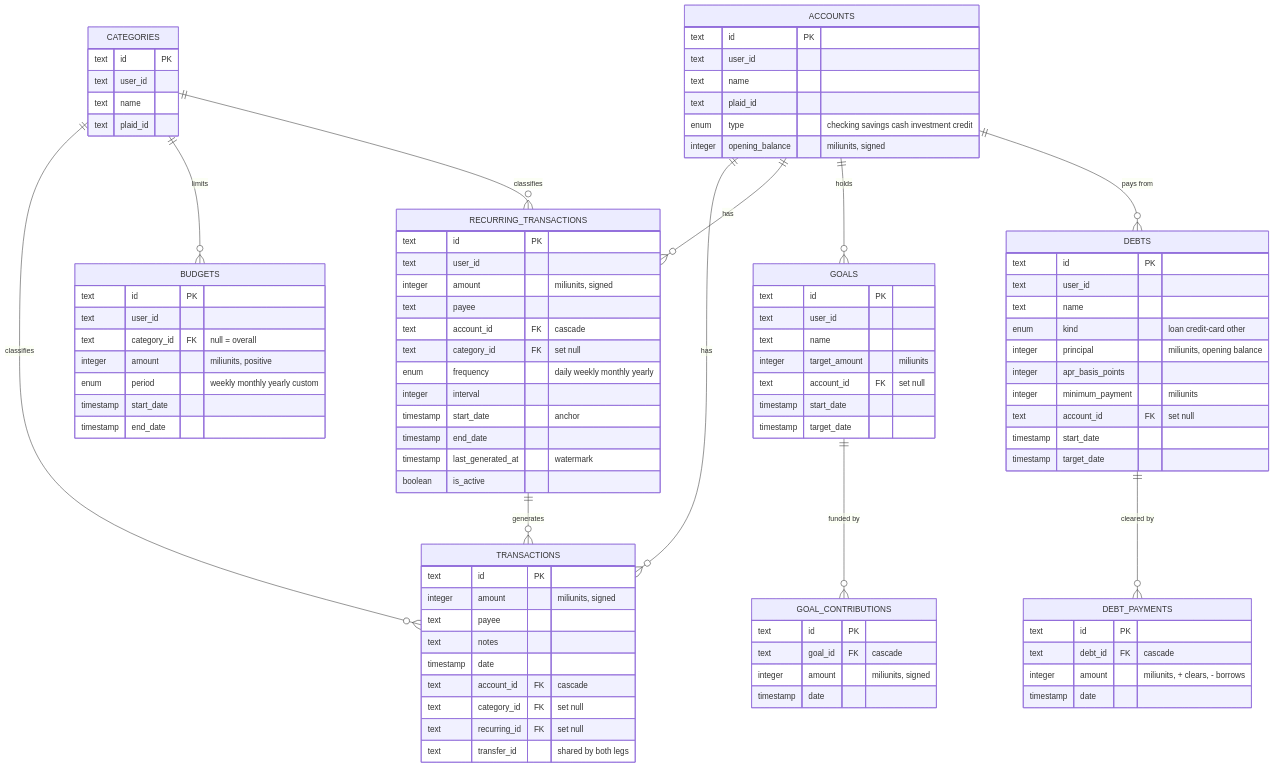
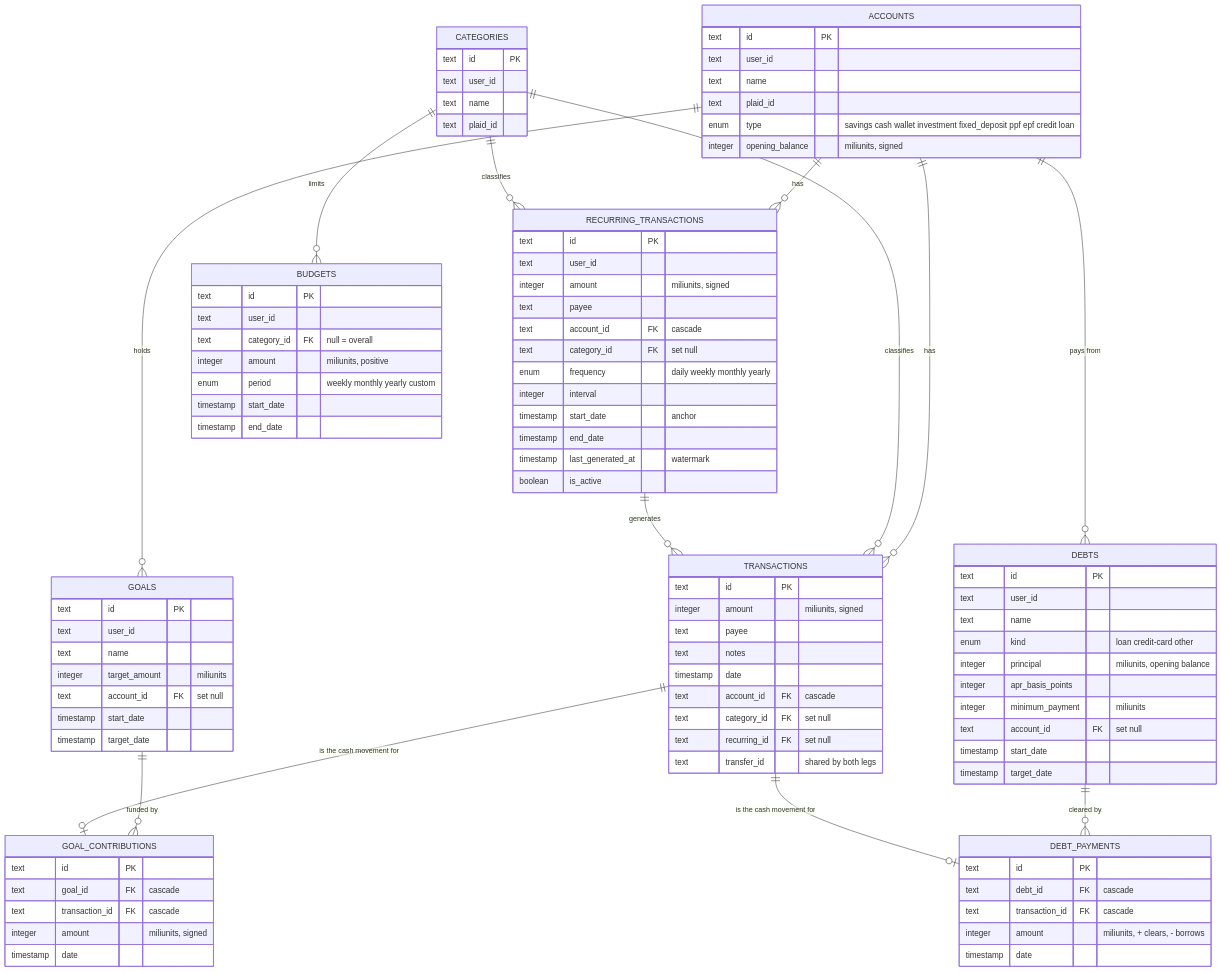
One commit to rizonkumar/Finance-SaaS-Platform changed the second of 4 diagrams in README.md. Above: the diagram before and after it, drawn with Mermaid. The commit also changed other lines of this file, not shown here.

```diff
--- a/README.md
+++ b/README.md
@@ -99,13 +101,15 @@
     GOALS ||--o{ GOAL_CONTRIBUTIONS : "funded by"
     ACCOUNTS ||--o{ DEBTS : "pays from"
     DEBTS ||--o{ DEBT_PAYMENTS : "cleared by"
+    TRANSACTIONS ||--o| GOAL_CONTRIBUTIONS : "is the cash movement for"
+    TRANSACTIONS ||--o| DEBT_PAYMENTS : "is the cash movement for"
 
     ACCOUNTS {
         text id PK
         text user_id
         text name
         text plaid_id
-        enum type "checking savings cash investment credit"
+        enum type "savings cash wallet investment fixed_deposit ppf epf credit loan"
         integer opening_balance "miliunits, signed"
     }
     CATEGORIES {
@@ -160,6 +164,7 @@
     GOAL_CONTRIBUTIONS {
         text id PK
         text goal_id FK "cascade"
+        text transaction_id FK "cascade"
         integer amount "miliunits, signed"
         timestamp date
     }
@@ -178,6 +183,7 @@
     DEBT_PAYMENTS {
         text id PK
         text debt_id FK "cascade"
+        text transaction_id FK "cascade"
         integer amount "miliunits, + clears, - borrows"
         timestamp date
     }
```
